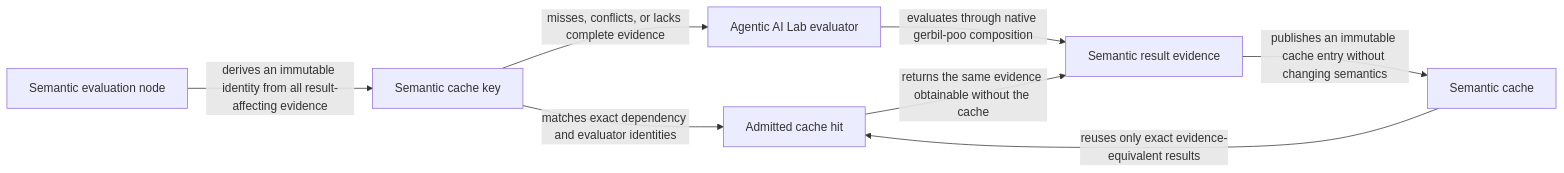
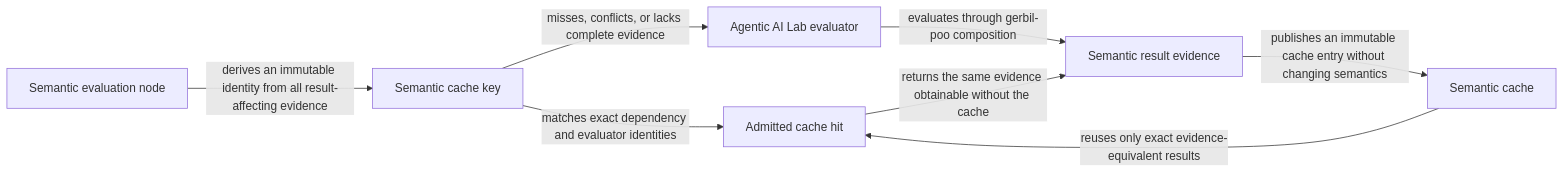
The first of 2 diagrams in module-system/design/45-120-07-semantic-cache-scc-evidence-generation-invalidation-and-fail-closed-convergence.org (tao3k/gebril-yuanxu), drawn with Mermaid before and after one commit. The commit also changed other lines of this file and 1469 other files, not shown here.

```diff
--- a/module-system/design/45-120-07-semantic-cache-scc-evidence-generation-invalidation-and-fail-closed-convergence.org
+++ b/module-system/design/45-120-07-semantic-cache-scc-evidence-generation-invalidation-and-fail-closed-convergence.org
@@ -91,10 +91,10 @@
 #+begin_src mermaid
 flowchart LR
   N["Semantic evaluation node"] -->|"derives an immutable identity from all result-affecting evidence"| K["Semantic cache key"]
   K -->|"matches exact dependency and evaluator identities"| H["Admitted cache hit"]
   K -->|"misses, conflicts, or lacks complete evidence"| E["Agentic AI Lab evaluator"]
-  E -->|"evaluates through native gerbil-poo composition"| R["Semantic result evidence"]
+  E -->|"evaluates through gerbil-poo composition"| R["Semantic result evidence"]
   R -->|"publishes an immutable cache entry without changing semantics"| C["Semantic cache"]
   C -->|"reuses only exact evidence-equivalent results"| H
   H -->|"returns the same evidence obtainable without the cache"| R
 #+end_src
```
